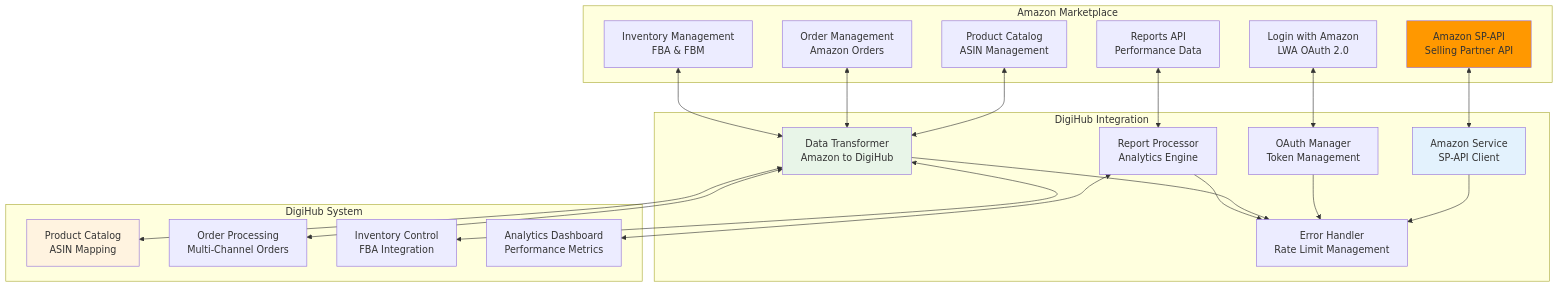
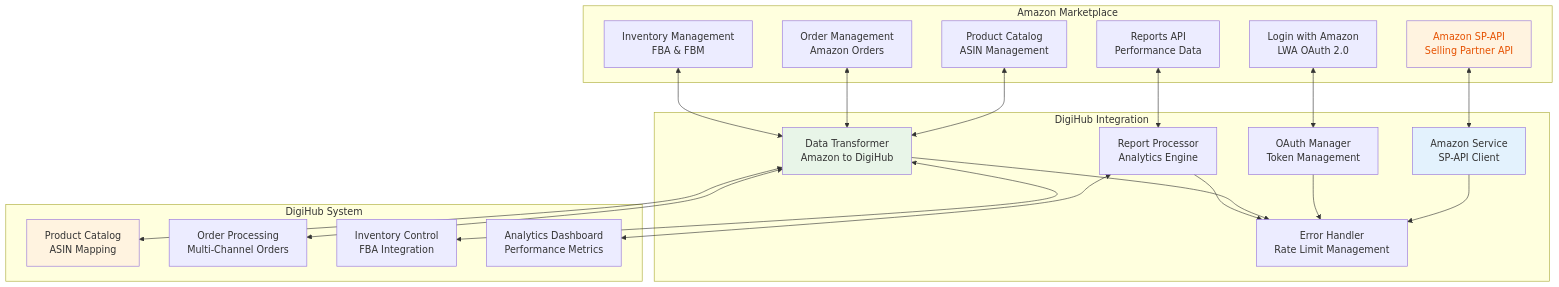
The tenth of 44 diagrams in README.md (sandeepkumar0801/Digihub), drawn with Mermaid before and after one commit. The commit also changed other lines of this file, not shown here.

Commit message:
fix color in diagrams

````diff
--- a/README.md
+++ b/README.md
@@ -1890,48 +1890,48 @@
 ```mermaid
 graph TD
     subgraph "Amazon Marketplace"
         A[Amazon SP-API<br/>Selling Partner API]
         B[Login with Amazon<br/>LWA OAuth 2.0]
         C[Product Catalog<br/>ASIN Management]
         D[Order Management<br/>Amazon Orders]
         E[Inventory Management<br/>FBA & FBM]
         F[Reports API<br/>Performance Data]
     end
 
     subgraph "DigiHub Integration"
         G[Amazon Service<br/>SP-API Client]
         H[OAuth Manager<br/>Token Management]
         I[Data Transformer<br/>Amazon to DigiHub]
         J[Report Processor<br/>Analytics Engine]
         K[Error Handler<br/>Rate Limit Management]
     end
 
     subgraph "DigiHub System"
         L[Product Catalog<br/>ASIN Mapping]
         M[Order Processing<br/>Multi-Channel Orders]
         N[Inventory Control<br/>FBA Integration]
         O[Analytics Dashboard<br/>Performance Metrics]
     end
 
     A <--> G
     B <--> H
     C <--> I
     D <--> I
     E <--> I
     F <--> J
 
     G --> K
     H --> K
     I --> K
     J --> K
 
     I <--> L
     I <--> M
     I <--> N
     J <--> O
 
-    style A fill:#ff9800
+    style A fill:#fff3e0,color:#e65100
     style G fill:#e3f2fd
     style I fill:#e8f5e8
     style L fill:#fff3e0
 ```
````
